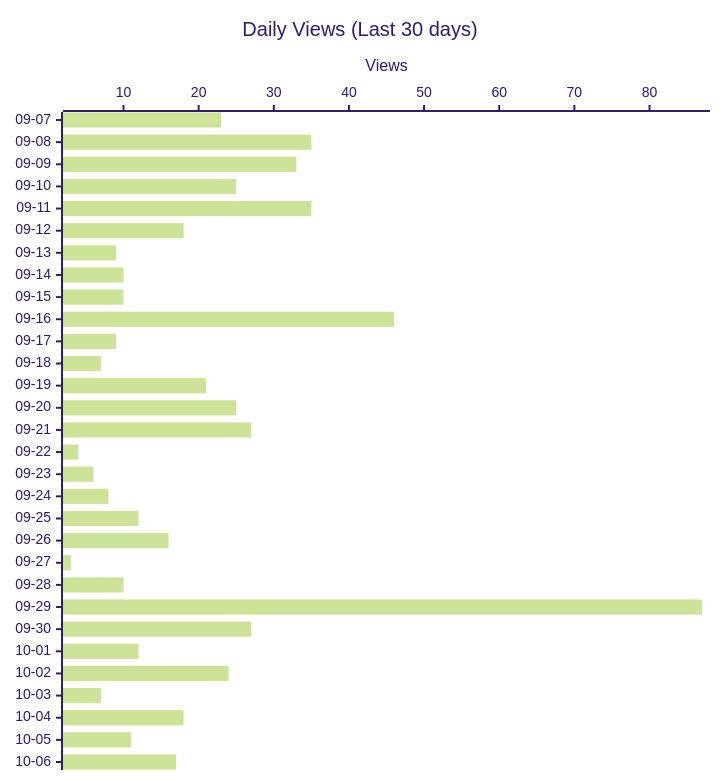
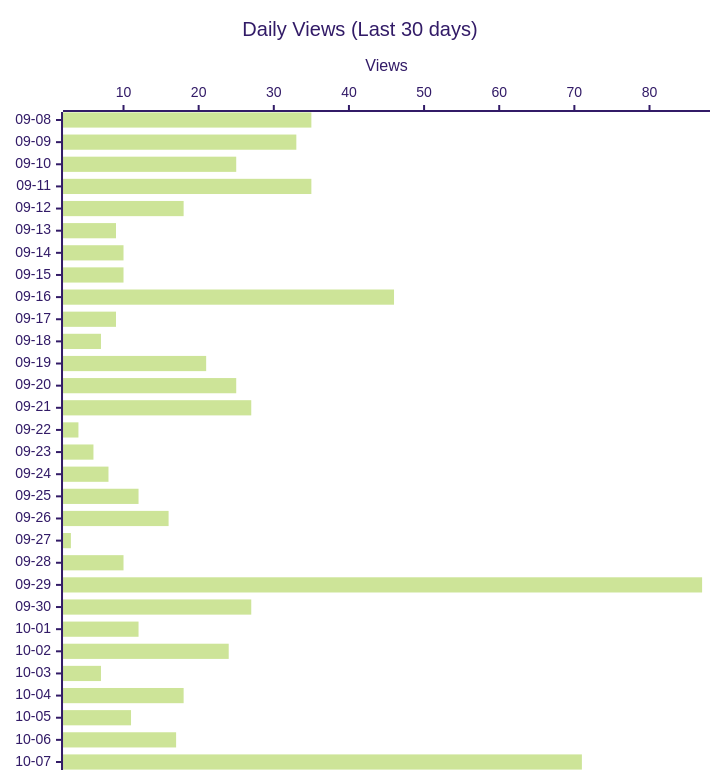
Before and after one commit to shigechika/github-insights: the second of 4 diagrams in README.md, drawn with Mermaid (forest theme). The commit also changed other lines of this file and 2 other files, not shown here.

````diff
--- a/README.md
+++ b/README.md
@@ -28,12 +28,12 @@
 ```mermaid
 ---
 config:
   xyChart:
     height: 760
 ---
 xychart-beta horizontal
     title "Daily Views (Last 30 days)"
-    x-axis ["09-07", "09-08", "09-09", "09-10", "09-11", "09-12", "09-13", "09-14", "09-15", "09-16", "09-17", "09-18", "09-19", "09-20", "09-21", "09-22", "09-23", "09-24", "09-25", "09-26", "09-27", "09-28", "09-29", "09-30", "10-01", "10-02", "10-03", "10-04", "10-05", "10-06"]
+    x-axis ["09-08", "09-09", "09-10", "09-11", "09-12", "09-13", "09-14", "09-15", "09-16", "09-17", "09-18", "09-19", "09-20", "09-21", "09-22", "09-23", "09-24", "09-25", "09-26", "09-27", "09-28", "09-29", "09-30", "10-01", "10-02", "10-03", "10-04", "10-05", "10-06", "10-07"]
     y-axis "Views"
-    bar [23, 35, 33, 25, 35, 18, 9, 10, 10, 46, 9, 7, 21, 25, 27, 4, 6, 8, 12, 16, 3, 10, 87, 27, 12, 24, 7, 18, 11, 17]
+    bar [35, 33, 25, 35, 18, 9, 10, 10, 46, 9, 7, 21, 25, 27, 4, 6, 8, 12, 16, 3, 10, 87, 27, 12, 24, 7, 18, 11, 17, 71]
 ```
````
